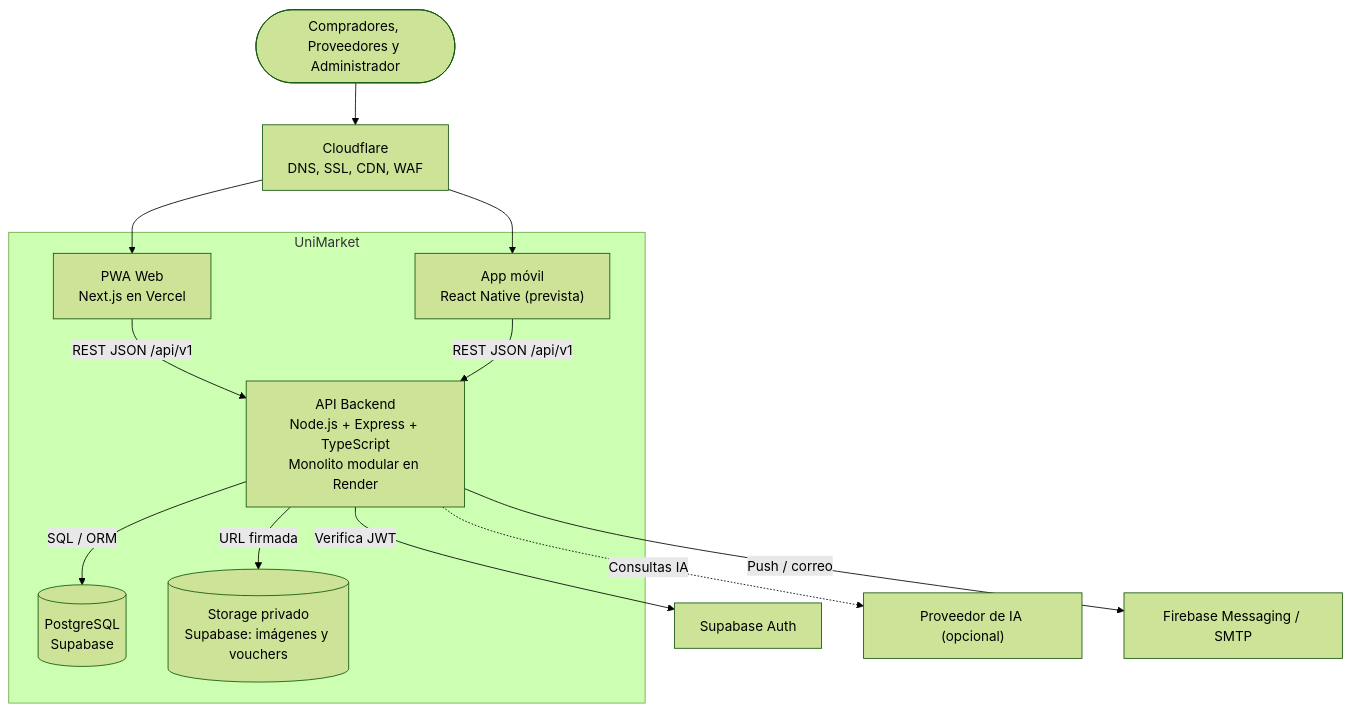
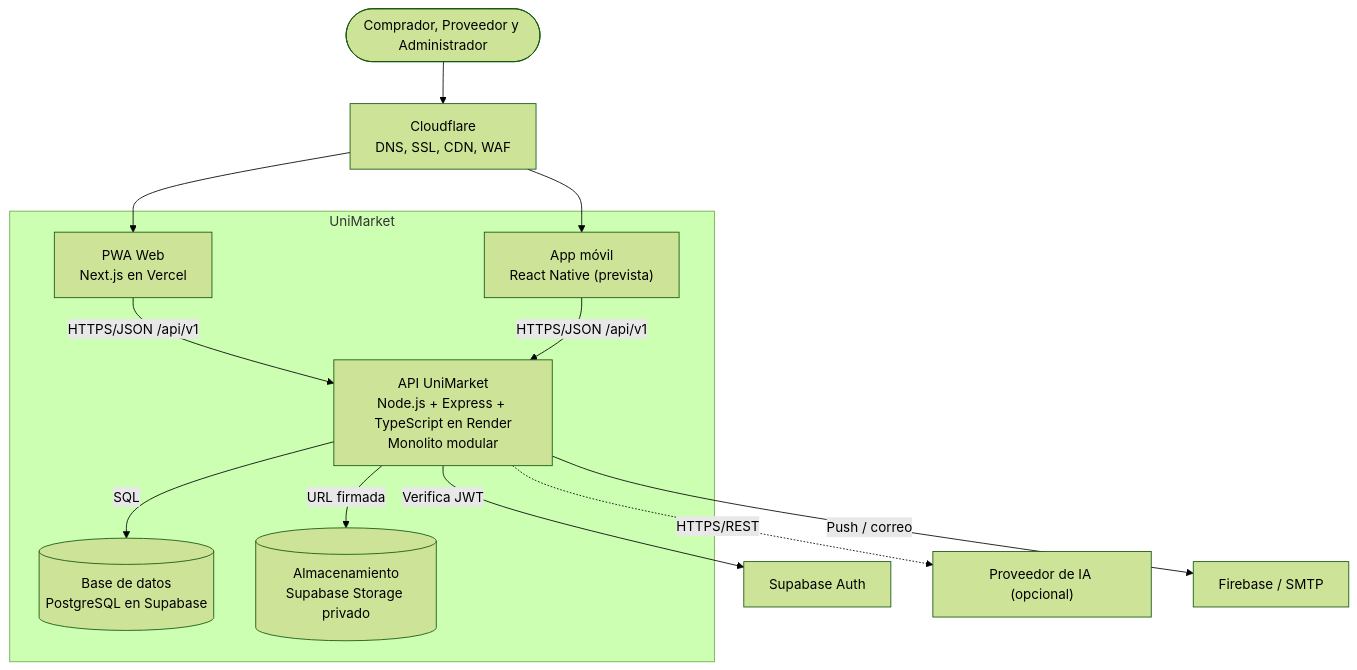
One commit to keylagutierrez27-sys/Marketplace-project changed the diagram in docs/04-modelo-c4/Nivel2-DiagramadeContenedores.md. Above: the diagram before and after it, drawn with Mermaid (forest theme). The commit also changed other lines of this file and 2 other files, not shown here.

````diff
--- a/docs/04-modelo-c4/Nivel2-DiagramadeContenedores.md
+++ b/docs/04-modelo-c4/Nivel2-DiagramadeContenedores.md
@@ -5,25 +24,25 @@
 ```mermaid
 flowchart TB
-    U(["Compradores, Proveedores y Administrador"])
+    U(["Comprador, Proveedor y Administrador"])
     CF["Cloudflare<br/>DNS, SSL, CDN, WAF"]
     subgraph UM["UniMarket"]
         WEB["PWA Web<br/>Next.js en Vercel"]
         MOB["App móvil<br/>React Native (prevista)"]
-        API["API Backend<br/>Node.js + Express + TypeScript<br/>Monolito modular en Render"]
-        DB[("PostgreSQL<br/>Supabase")]
-        ST[("Storage privado<br/>Supabase: imágenes y vouchers")]
+        API["API UniMarket<br/>Node.js + Express + TypeScript en Render<br/>Monolito modular"]
+        DB[("Base de datos<br/>PostgreSQL en Supabase")]
+        ST[("Almacenamiento<br/>Supabase Storage privado")]
     end
     AUTH["Supabase Auth"]
     IA["Proveedor de IA (opcional)"]
-    PUSH["Firebase Messaging / SMTP"]
+    PUSH["Firebase / SMTP"]
     U --> CF
     CF --> WEB
     CF --> MOB
-    WEB -->|"REST JSON /api/v1"| API
-    MOB -->|"REST JSON /api/v1"| API
-    API -->|"SQL / ORM"| DB
+    WEB -->|"HTTPS/JSON /api/v1"| API
+    MOB -->|"HTTPS/JSON /api/v1"| API
+    API -->|"SQL"| DB
     API -->|"URL firmada"| ST
     API -->|"Verifica JWT"| AUTH
-    API -.->|"Consultas IA"| IA
+    API -.->|"HTTPS/REST"| IA
     API -->|"Push / correo"| PUSH
 ```
````
